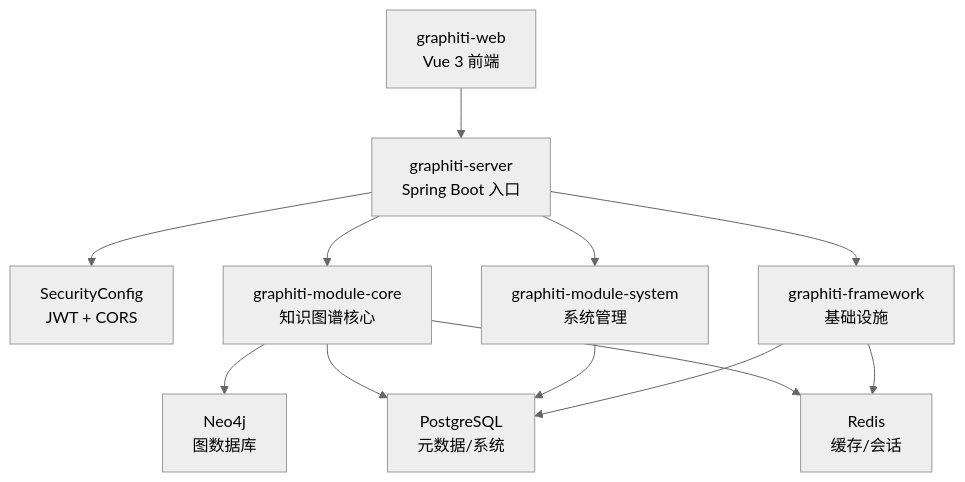
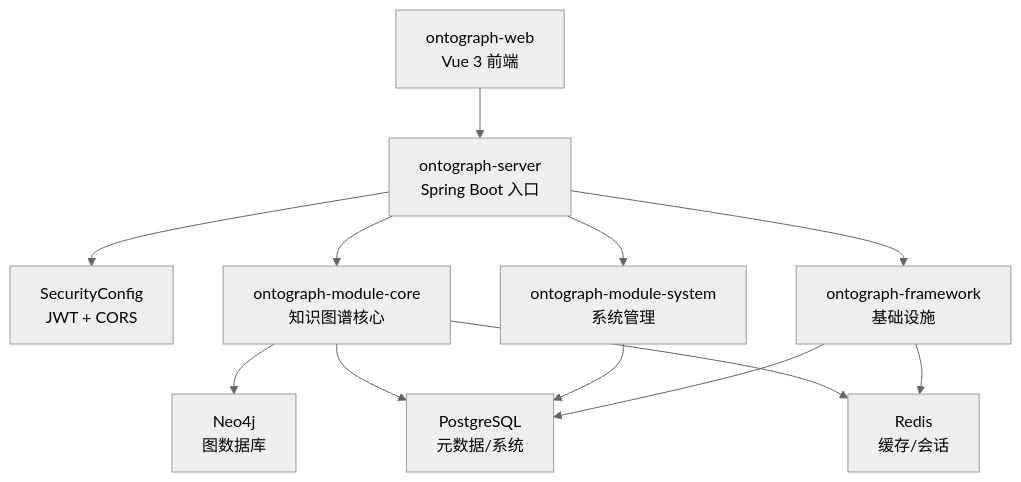
Before and after one commit to joezxh/graphiti-java: the second of 8 diagrams in docs/manual/项目概述/项目概述.md, drawn with Mermaid (neutral theme). The commit also changed other lines of this file and 200 other files, not shown here.

````diff
--- a/docs/manual/项目概述/项目概述.md
+++ b/docs/manual/项目概述/项目概述.md
@@ -128,23 +128,23 @@
 ```mermaid
 graph TB
-FE["graphiti-web<br/>Vue 3 前端"]
-BE["graphiti-server<br/>Spring Boot 入口"]
+FE["ontograph-web<br/>Vue 3 前端"]
+BE["ontograph-server<br/>Spring Boot 入口"]
 AUTH["SecurityConfig<br/>JWT + CORS"]
-CORE["graphiti-module-core<br/>知识图谱核心"]
-SYS["graphiti-module-system<br/>系统管理"]
-FRAME["graphiti-framework<br/>基础设施"]
+CORE["ontograph-module-core<br/>知识图谱核心"]
+SYS["ontograph-module-system<br/>系统管理"]
+FRAME["ontograph-framework<br/>基础设施"]
 N4J["Neo4j<br/>图数据库"]
 PG["PostgreSQL<br/>元数据/系统"]
 REDIS["Redis<br/>缓存/会话"]
 FE --> BE
 BE --> AUTH
 BE --> CORE
 BE --> SYS
 BE --> FRAME
 CORE --> N4J
 CORE --> PG
 CORE --> REDIS
 SYS --> PG
 FRAME --> PG
 FRAME --> REDIS
 ```
````
